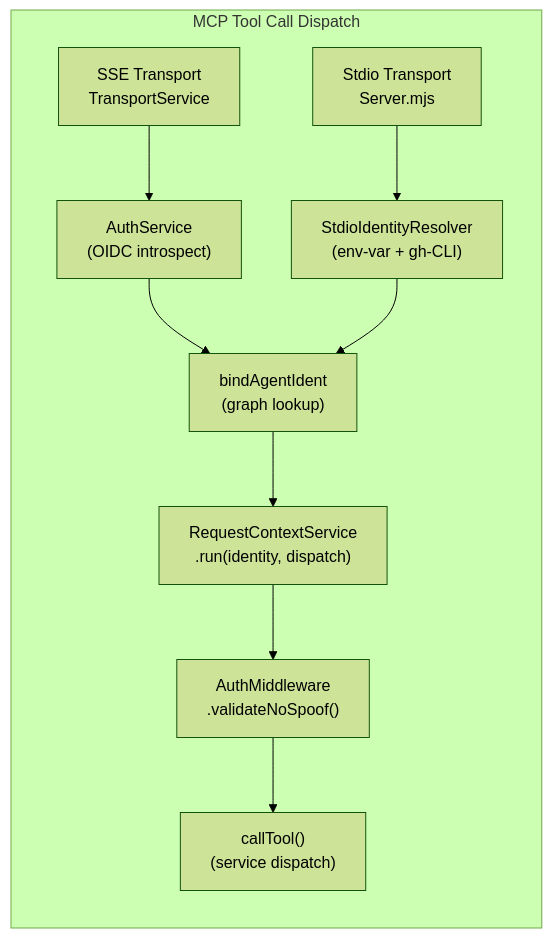
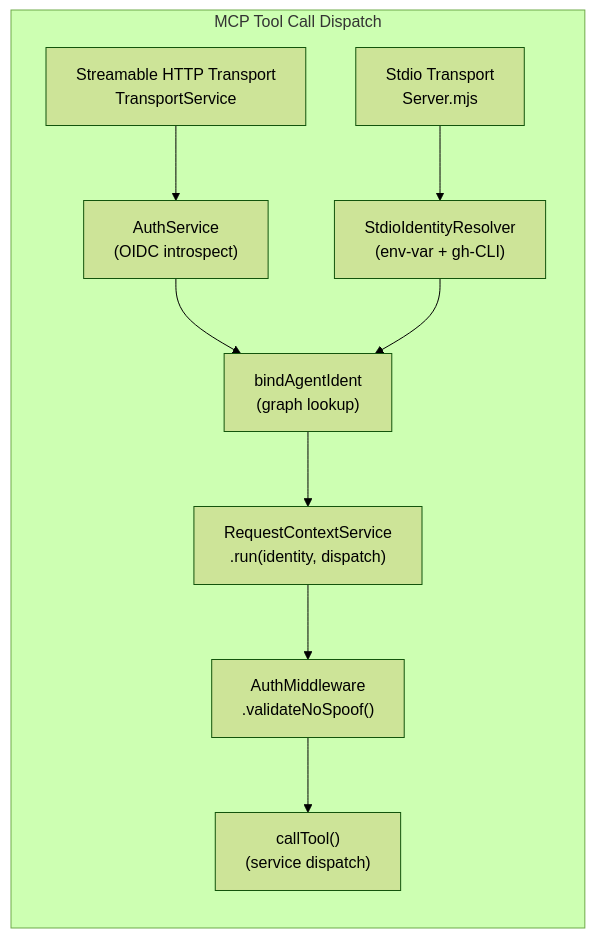
One commit to neomjs/neo changed the diagram in learn/agentos/tooling/MemoryCoreMcpAuth.md. Above: the diagram before and after it, drawn with Mermaid (forest theme). The commit also changed other lines of this file and 47 other files, not shown here.

Commit message:
fix(ai): rename server transport to streamable-http (#15188)

````diff
--- a/learn/agentos/tooling/MemoryCoreMcpAuth.md
+++ b/learn/agentos/tooling/MemoryCoreMcpAuth.md
@@ -243,32 +243,32 @@
 ```mermaid
 flowchart TD
     subgraph MCP ["MCP Tool Call Dispatch"]
         direction TD
 
-        SSE["SSE Transport\nTransportService"]
+        HTTP["Streamable HTTP Transport\nTransportService"]
         STDIO["Stdio Transport\nServer.mjs"]
 
         AuthSvc["AuthService\n(OIDC introspect)"]
         StdioRes["StdioIdentityResolver\n(env-var + gh-CLI)"]
 
-        SSE --> AuthSvc
+        HTTP --> AuthSvc
         STDIO --> StdioRes
 
         Bind["bindAgentIdent\n(graph lookup)"]
 
         AuthSvc --> Bind
         StdioRes --> Bind
 
         ReqCtx["RequestContextService\n.run(identity, dispatch)"]
 
         Bind --> ReqCtx
 
         AuthMid["AuthMiddleware\n.validateNoSpoof()"]
 
         ReqCtx --> AuthMid
 
         CallTool["callTool()\n(service dispatch)"]
 
         AuthMid --> CallTool
     end
 ```
````
